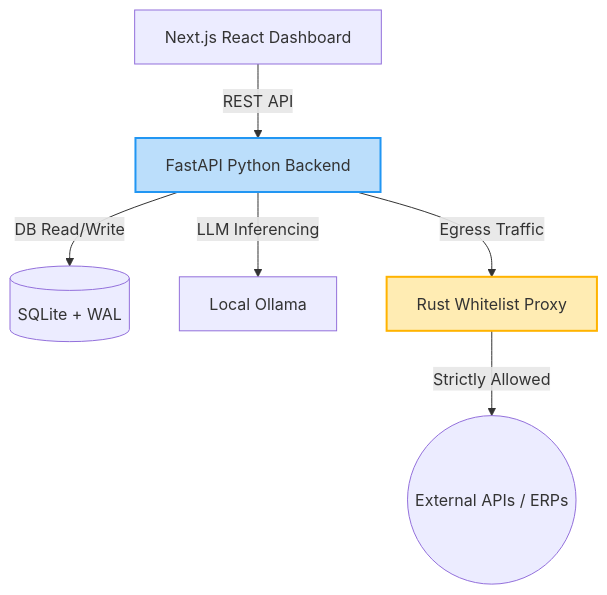
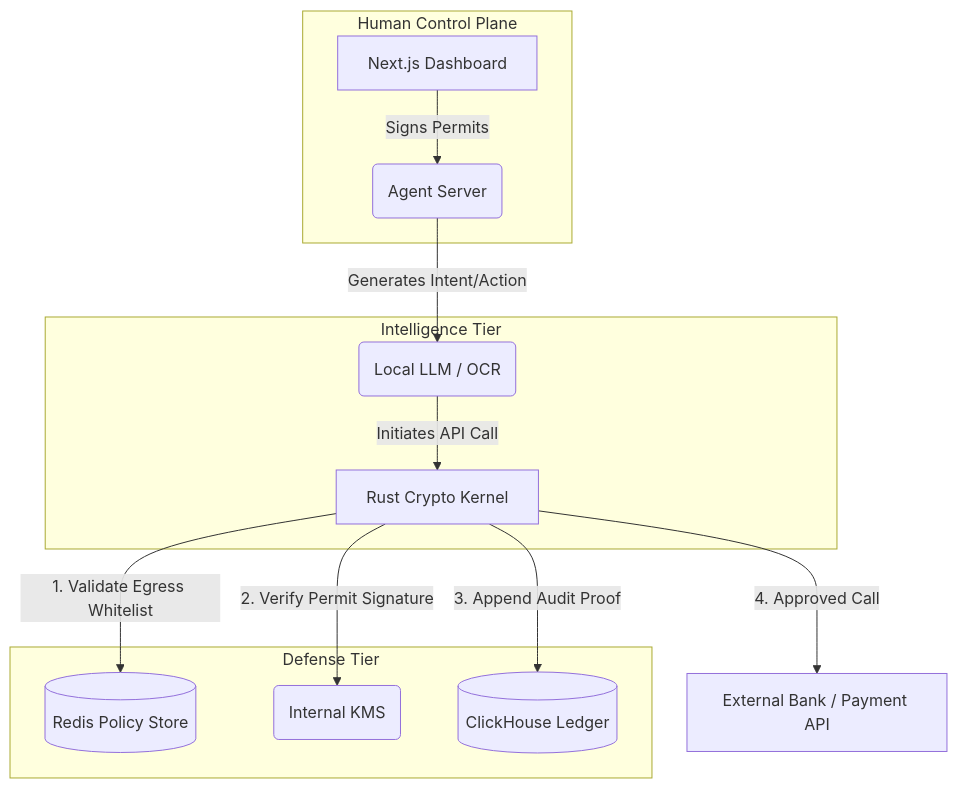
The diagram in Atrosha/README.md (kash002001/atrosha-optimized), drawn with Mermaid before and after one commit. The commit also changed other lines of this file and 15 other files, not shown here.

````diff
--- a/Atrosha/README.md
+++ b/Atrosha/README.md
@@ -37,12 +54,19 @@
 ```mermaid
 graph TD
-    UI[Next.js React Dashboard] -->|REST API| API
-    API[FastAPI Python Backend] -->|DB Read/Write| DB[(SQLite + WAL)]
-    API -->|LLM Inferencing| OLLAMA[Local Ollama]
-    API -->|Egress Traffic| PROXY
+    subgraph Human Control Plane
+        D[Next.js Dashboard] -->|Signs Permits| API(Agent Server)
+    end
     
-    PROXY[Rust Whitelist Proxy] -->|Strictly Allowed| INTERNET((External APIs / ERPs))
-    
-    style PROXY fill:#ffecb3,stroke:#ffb300,stroke-width:2px;
-    style API fill:#bbdefb,stroke:#2196f3,stroke-width:2px;
+    subgraph Intelligence Tier
+        API -->|Generates Intent/Action| SG(Local LLM / OCR)
+        SG -->|Initiates API Call| P[Rust Crypto Kernel]
+    end
+
+    subgraph Defense Tier
+        P -->|1. Validate Egress Whitelist| Redis[(Redis Policy Store)]
+        P -->|2. Verify Permit Signature| KMS(Internal KMS)
+        P -->|3. Append Audit Proof| CH[(ClickHouse Ledger)]
+    end
+
+    P -->|4. Approved Call| External[External Bank / Payment API]
 ```
````
